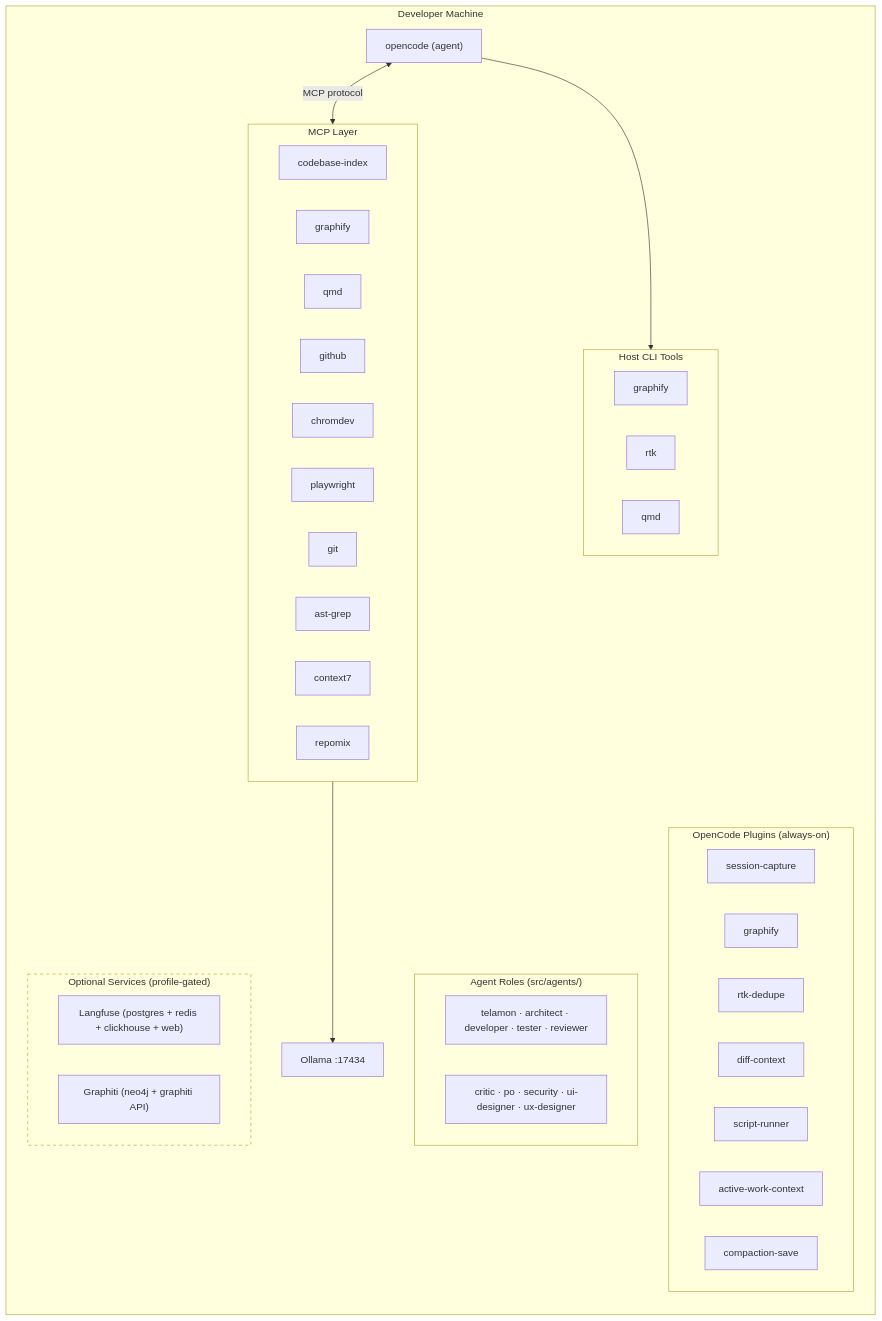
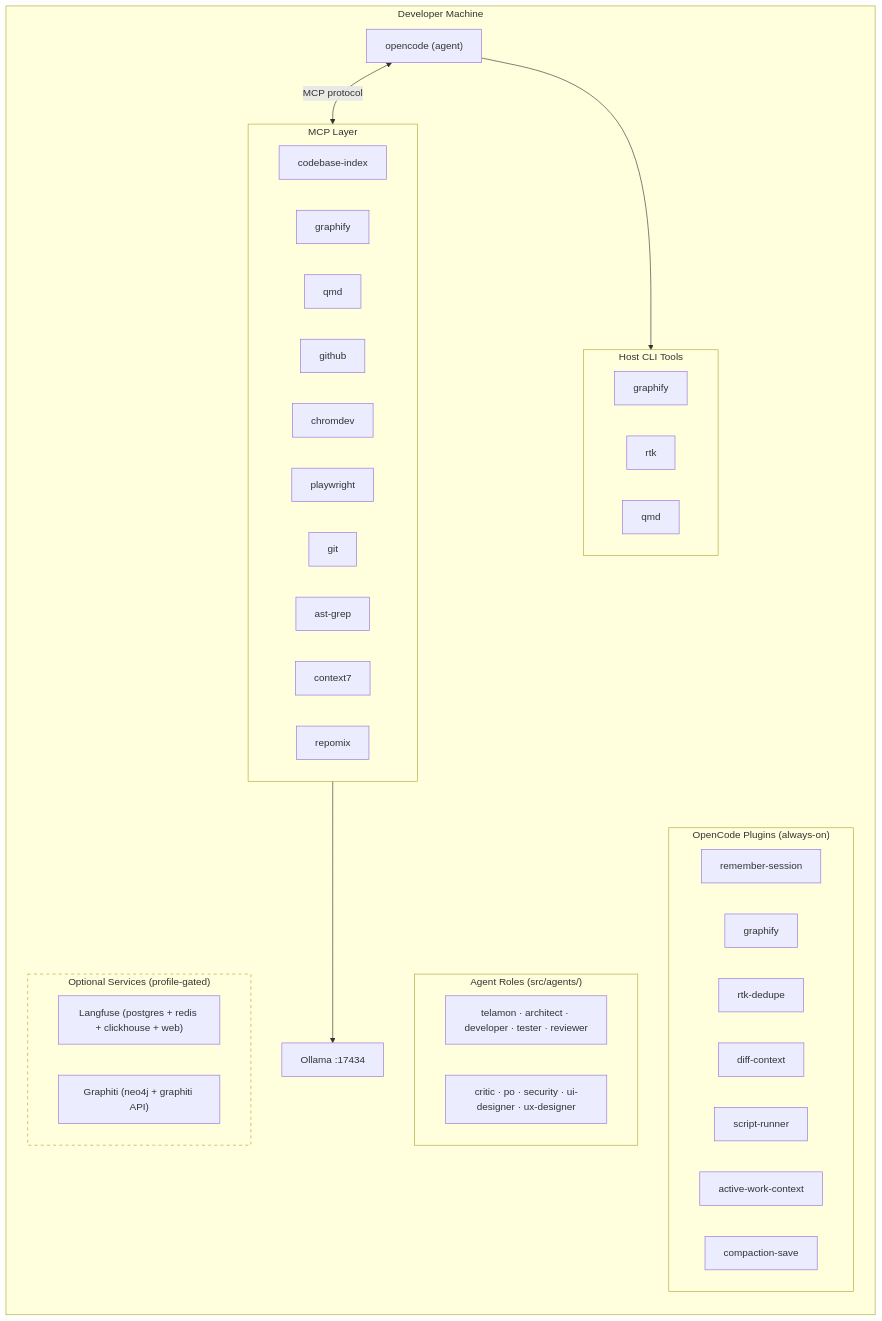
Before and after one commit to hgraca/telamon: the diagram in docs/architecture.md, drawn with Mermaid. The commit also changed other lines of this file and 33 other files, not shown here.

````diff
--- a/docs/architecture.md
+++ b/docs/architecture.md
@@ -14,53 +14,53 @@
 ```mermaid
 flowchart TB
     subgraph dev["Developer Machine"]
         direction TB
 
         oc["opencode (agent)"] <-->|"MCP protocol"| mcp
 
         subgraph mcp["MCP Layer"]
             cbi["codebase-index"]
             gf_m["graphify"]
             qmd_m["qmd"]
             gh_m["github"]
             cd_m["chromdev"]
             pw_m["playwright"]
             git_m["git"]
             ag_m["ast-grep"]
             c7_m["context7"]
             rm_m["repomix"]
         end
 
         mcp --> ol["Ollama :17434"]
 
         oc --> cli
 
         subgraph cli["Host CLI Tools"]
             cli_g["graphify"]
             cli_r["rtk"]
             cli_q["qmd"]
         end
 
         subgraph plugins["OpenCode Plugins (always-on)"]
-            p_sc["session-capture"]
+            p_sc["remember-session"]
             p_gf["graphify"]
             p_rd["rtk-dedupe"]
             p_dc["diff-context"]
             p_sr["script-runner"]
             p_aw["active-work-context"]
             p_cs["compaction-save"]
         end
 
         subgraph agents["Agent Roles (src/agents/)"]
             a1["telamon · architect · developer · tester · reviewer"]
             a2["critic · po · security · ui-designer · ux-designer"]
         end
 
         subgraph optional["Optional Services (profile-gated)"]
             o_lf["Langfuse (postgres + redis + clickhouse + web)"]
             o_gr["Graphiti (neo4j + graphiti API)"]
         end
     end
 
     style optional stroke-dasharray: 5 5
 ```
````
